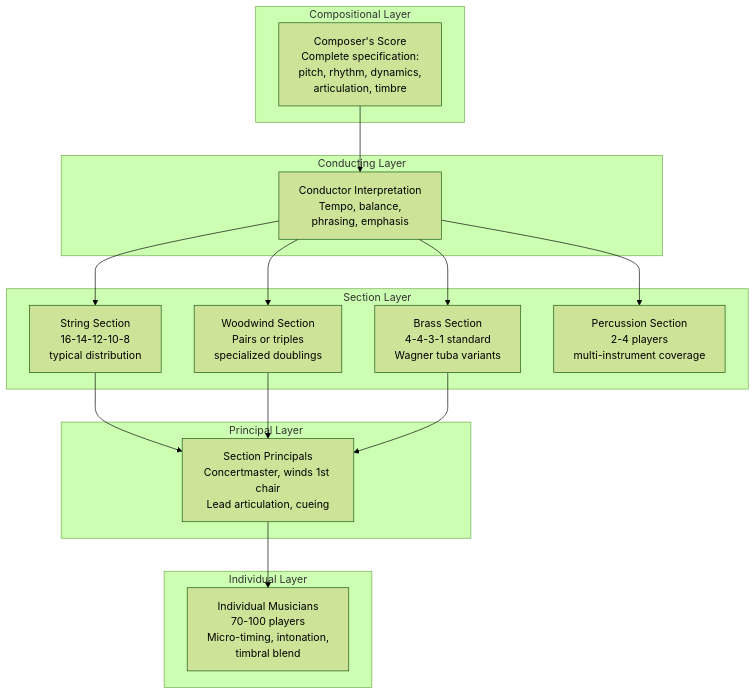
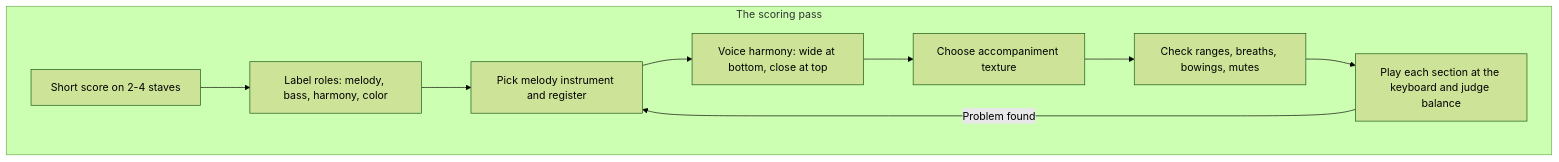
The first of 3 diagrams in topics/arts/composition/orchestral_scoring/lesson_04_orchestration_principles.md (blebleblee/synapse), drawn with Mermaid (forest theme) before and after one commit. The commit also changed other lines of this file and 4 other files, not shown here.

````diff
--- a/topics/arts/composition/orchestral_scoring/lesson_04_orchestration_principles.md
+++ b/topics/arts/composition/orchestral_scoring/lesson_04_orchestration_principles.md
@@ -250,37 +38,12 @@
 ```mermaid
-graph TB
-    subgraph sub_compositional_layer ["Compositional Layer"]
-        A["Composer's Score<br/>Complete specification:<br/>pitch, rhythm, dynamics,<br/>articulation, timbre"]
+flowchart TD
+    subgraph sub_pass ["The scoring pass"]
+        A["Short score on 2-4 staves"] --> B["Label roles: melody, bass, harmony, color"]
+        B --> C["Pick melody instrument and register"]
+        C --> D["Voice harmony: wide at bottom, close at top"]
+        D --> E["Choose accompaniment texture"]
+        E --> F["Check ranges, breaths, bowings, mutes"]
+        F --> G["Play each section at the keyboard and judge balance"]
     end
-    
-    subgraph sub_conducting_layer ["Conducting Layer"]
-        B["Conductor Interpretation<br/>Tempo, balance,<br/>phrasing, emphasis"]
-    end
-    
-    subgraph sub_section_layer ["Section Layer"]
-        C["String Section<br/>16-14-12-10-8<br/>typical distribution"]
-        D["Woodwind Section<br/>Pairs or triples<br/>specialized doublings"]
-        E["Brass Section<br/>4-4-3-1 standard<br/>Wagner tuba variants"]
-        F["Percussion Section<br/>2-4 players<br/>multi-instrument coverage"]
-    end
-    
-    subgraph sub_principal_layer ["Principal Layer"]
-        G["Section Principals<br/>Concertmaster, winds 1st chair<br/>Lead articulation, cueing"]
-    end
-    
-    subgraph sub_individual_layer ["Individual Layer"]
-        H["Individual Musicians<br/>70-100 players<br/>Micro-timing, intonation,<br/>timbral blend"]
-    end
-    
-    A --> B
-    B --> C
-    B --> D
-    B --> E
-    B --> F
-    
-    C --> G
-    D --> G
-    E --> G
-    
-    G --> H
+    G -->|"Problem found"| C
 ```
````
